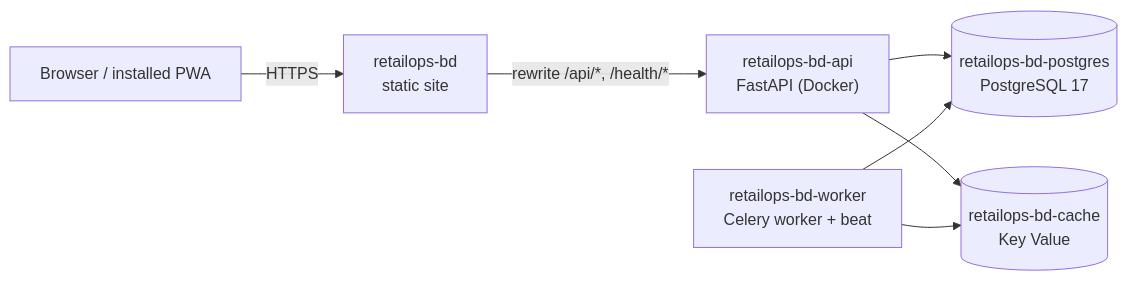
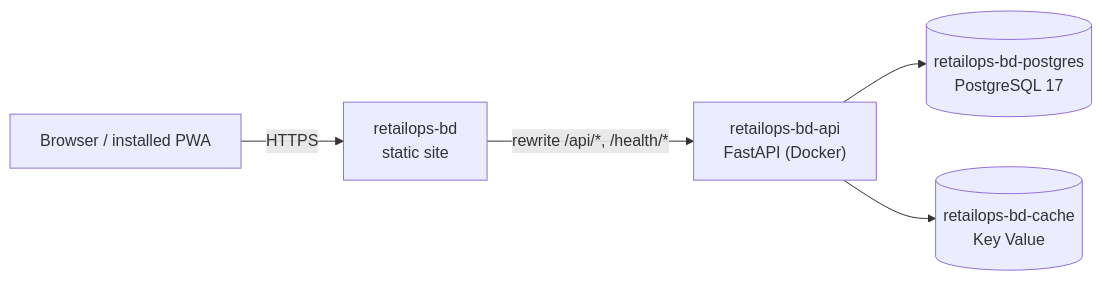
The diagram in docs/deployment.md (AbrarUI12/RetailOps_BD), drawn with Mermaid before and after one commit. The commit also changed other lines of this file and 8 other files, not shown here.

````diff
--- a/docs/deployment.md
+++ b/docs/deployment.md
@@ -7,9 +7,7 @@
 ```mermaid
 flowchart LR
   browser["Browser / installed PWA"] -->|HTTPS| web["retailops-bd<br/>static site"]
   web -->|"rewrite /api/*, /health/*"| api["retailops-bd-api<br/>FastAPI (Docker)"]
   api --> pg[("retailops-bd-postgres<br/>PostgreSQL 17")]
   api --> kv[("retailops-bd-cache<br/>Key Value")]
-  worker["retailops-bd-worker<br/>Celery worker + beat"] --> kv
-  worker --> pg
 ```
````
